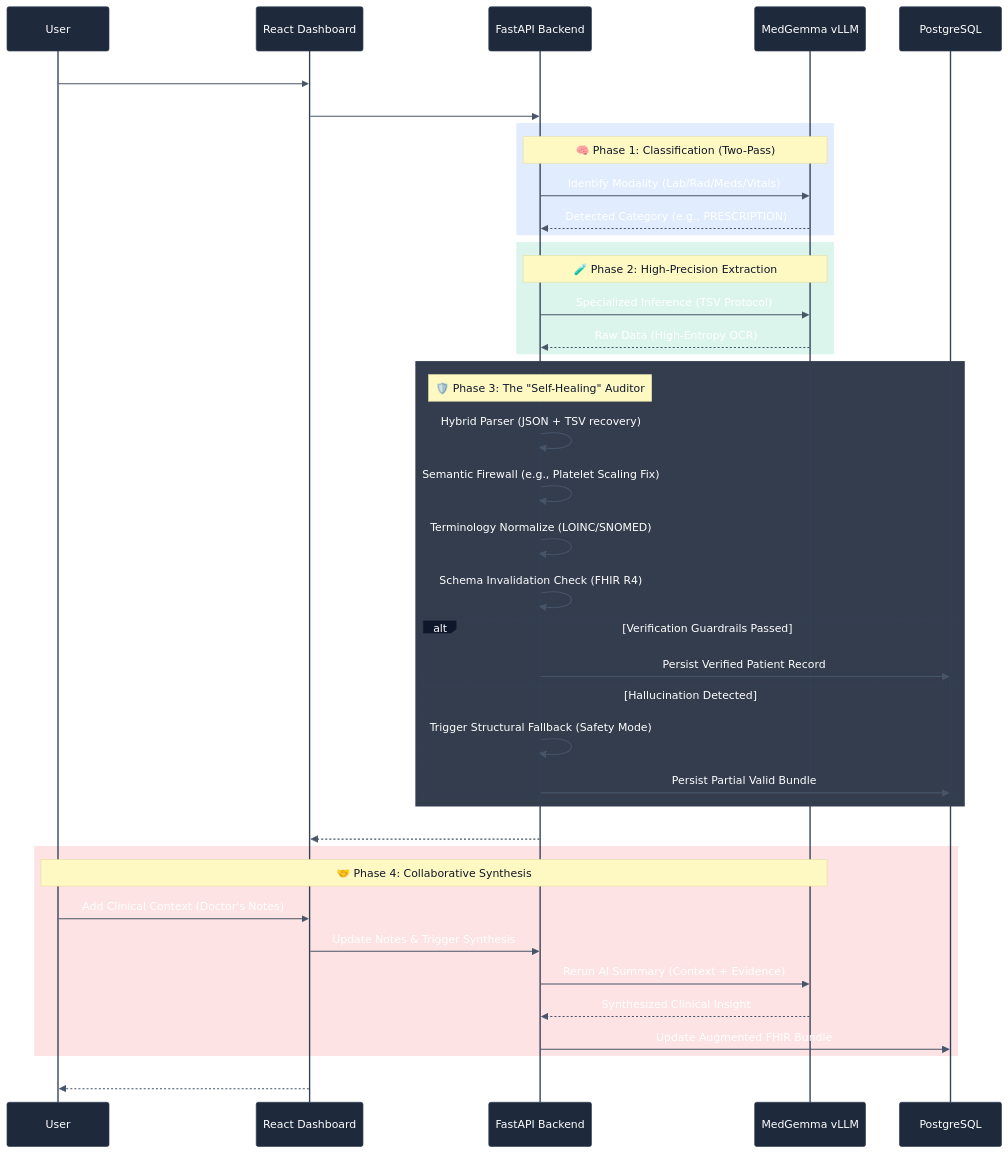
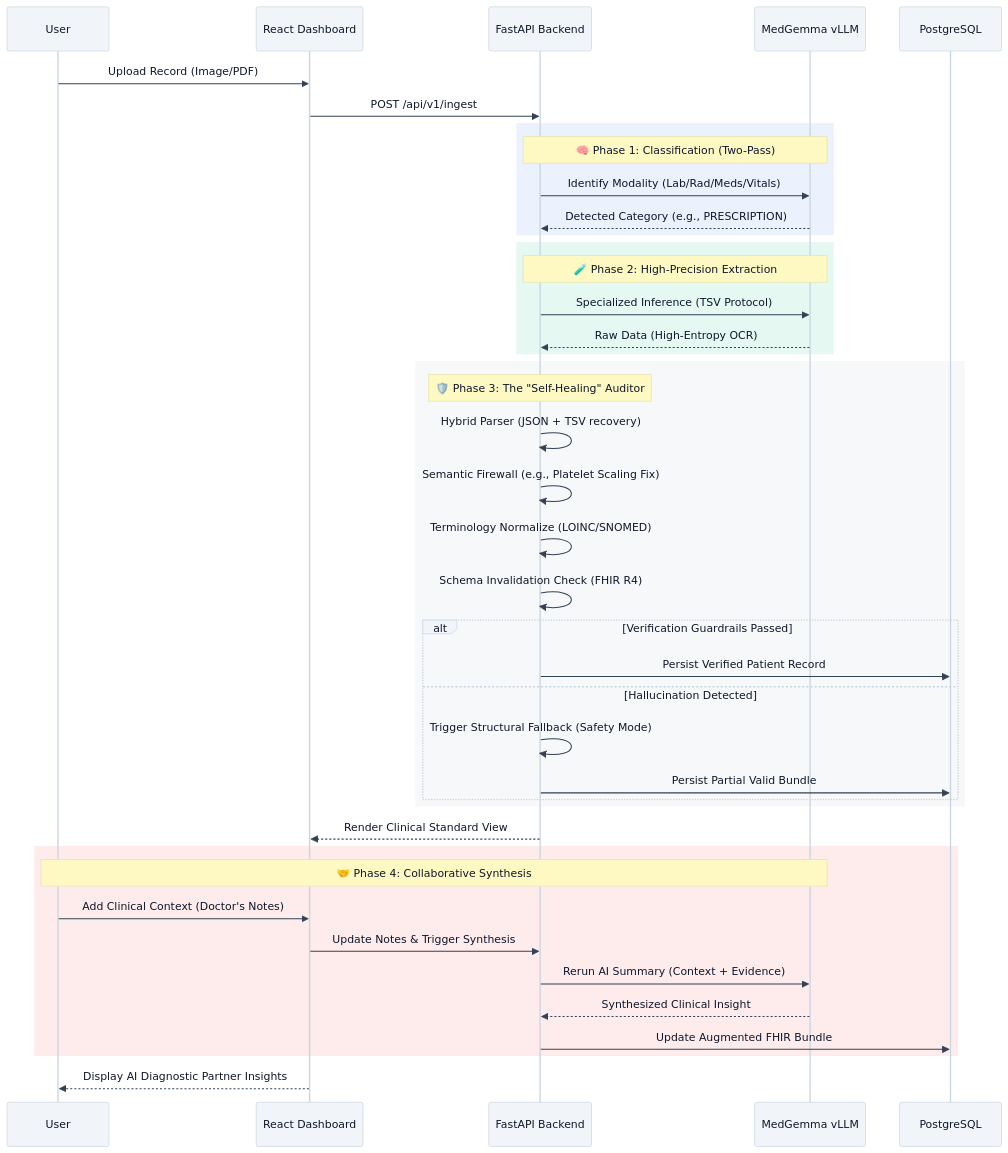
Before and after one commit to ALIENvsROBOT/challenge_kaggle: the diagram in README.md, drawn with Mermaid.

Commit message:
docs: Update Mermaid diagram theme to light mode and reduce rectangle opacities.

````diff
--- a/README.md
+++ b/README.md
@@ -77,73 +77,72 @@
 ```mermaid
 %%{init: {
   'theme': 'base',
   'themeVariables': {
-    'background': '#0f172a',
-    'primaryColor': '#1e293b',
-    'primaryTextColor': '#ffffff',
-    'primaryBorderColor': '#334155',
-    'lineColor': '#475569',
-    'secondaryColor': '#1e293b',
-    'tertiaryColor': '#1e293b',
+    'background': '#ffffff',
+    'primaryColor': '#f1f5f9',
+    'primaryTextColor': '#0f172a',
+    'primaryBorderColor': '#cbd5e1',
+    'lineColor': '#334155',
+    'secondaryColor': '#f8fafc',
+    'tertiaryColor': '#f1f5f9',
     'noteBkgColor': '#fef9c3',
     'noteTextColor': '#0f172a',
-    'actorTextColor': '#ffffff',
-    'signalColor': '#475569',
-    'signalTextColor': '#ffffff',
-    'labelBoxBkgColor': '#0f172a',
-    'labelBoxBorderColor': '#334155',
-    'loopTextColor': '#ffffff',
-    'fontSize': '14px',
-    'actorBkg': '#1e293b'
+    'actorTextColor': '#0f172a',
+    'signalColor': '#334155',
+    'signalTextColor': '#0f172a',
+    'labelBoxBkgColor': '#f1f5f9',
+    'labelBoxBorderColor': '#cbd5e1',
+    'loopTextColor': '#0f172a',
+    'fontSize': '14px'
   }
 }}%%
 sequenceDiagram
     participant User
     participant UI as React Dashboard
     participant API as FastAPI Backend
     participant LLM as MedGemma vLLM
     participant DB as PostgreSQL
 
     User->>UI: Upload Record (Image/PDF)
     UI->>API: POST /api/v1/ingest
 
-    rect rgba(59, 130, 246, 0.15)
+    rect rgba(59, 130, 246, 0.1)
     Note over API, LLM: 🧠 Phase 1: Classification (Two-Pass)
     API->>LLM: Identify Modality (Lab/Rad/Meds/Vitals)
     LLM-->>API: Detected Category (e.g., PRESCRIPTION)
     end
 
-    rect rgba(16, 185, 129, 0.15)
+    rect rgba(16, 185, 129, 0.1)
     Note over API, LLM: 🧪 Phase 2: High-Precision Extraction
     API->>LLM: Specialized Inference (TSV Protocol)
     LLM-->>API: Raw Data (High-Entropy OCR)
     end
 
-    rect rgba(30, 41, 59, 0.9)
+    rect rgba(100, 116, 139, 0.05)
     Note over API: 🛡️ Phase 3: The "Self-Healing" Auditor
     API->>API: Hybrid Parser (JSON + TSV recovery)
     API->>API: Semantic Firewall (e.g., Platelet Scaling Fix)
     API->>API: Terminology Normalize (LOINC/SNOMED)
     API->>API: Schema Invalidation Check (FHIR R4)
 
     alt Verification Guardrails Passed
         API->>DB: Persist Verified Patient Record
     else Hallucination Detected
         API->>API: Trigger Structural Fallback (Safety Mode)
         API->>DB: Persist Partial Valid Bundle
     end
     end
 
     API-->>UI: Render Clinical Standard View
 
-    rect rgba(239, 68, 68, 0.15)
+    rect rgba(239, 68, 68, 0.1)
     Note over User, LLM: 🤝 Phase 4: Collaborative Synthesis
     User->>UI: Add Clinical Context (Doctor's Notes)
     UI->>API: Update Notes & Trigger Synthesis
     API->>LLM: Rerun AI Summary (Context + Evidence)
     LLM-->>API: Synthesized Clinical Insight
     API->>DB: Update Augmented FHIR Bundle
     end
 
     UI-->>User: Display AI Diagnostic Partner Insights
 ```
````
